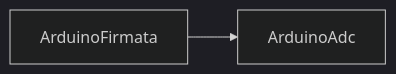
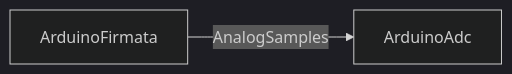
The diagram in Docs/Components/ArduinoFirmata.md (aicommunity/Rdk-HardwareLib), drawn with Mermaid (dark theme) before and after one commit. The commit also changed other lines of this file and 2 other files, not shown here.

First line of the commit message:
docs(hardware): update Firmata guides and tech debt entries

````diff
--- a/Docs/Components/ArduinoFirmata.md
+++ b/Docs/Components/ArduinoFirmata.md
@@ -32,6 +50,6 @@
 ```mermaid
 flowchart LR
   Firmata[ArduinoFirmata]
   Adc[ArduinoAdc]
-  Firmata --> Adc
+  Firmata -->|AnalogSamples| Adc
 ```
````
